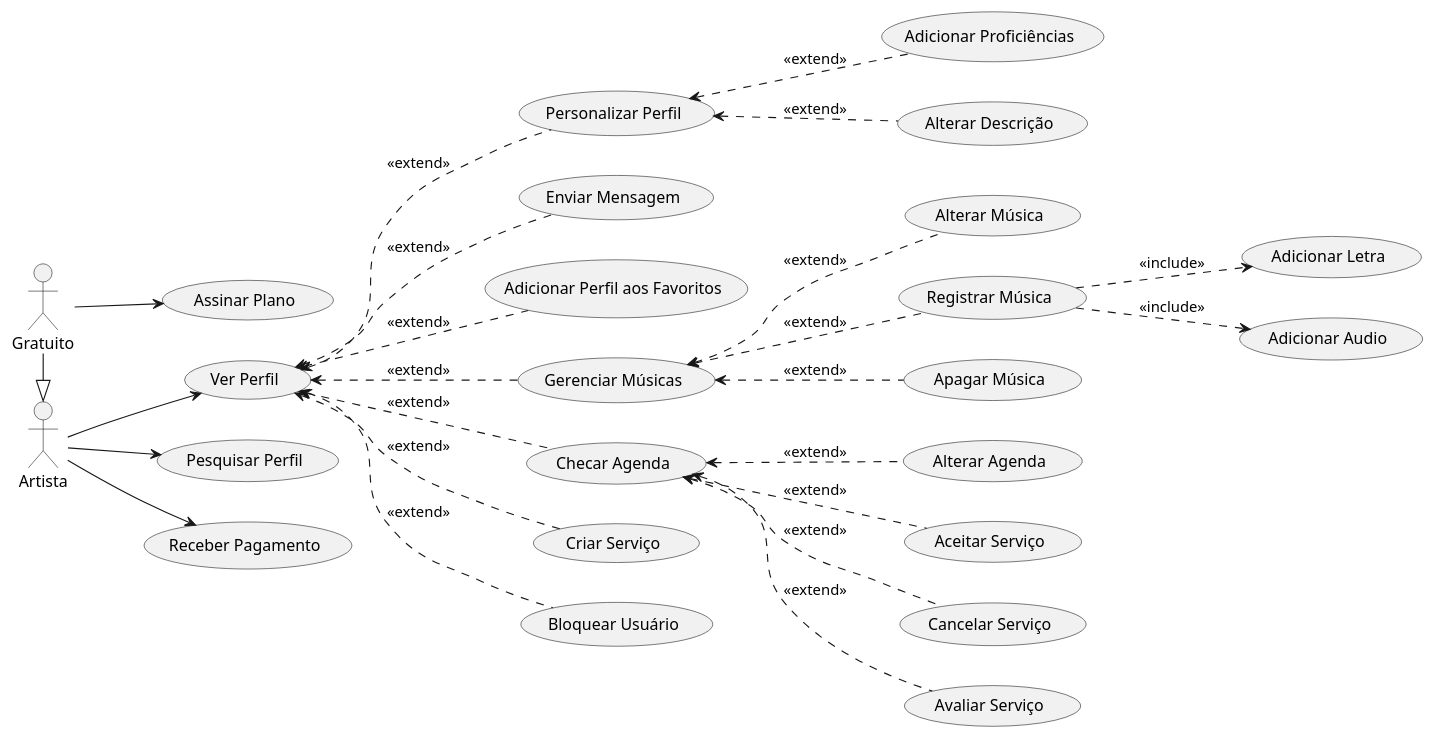
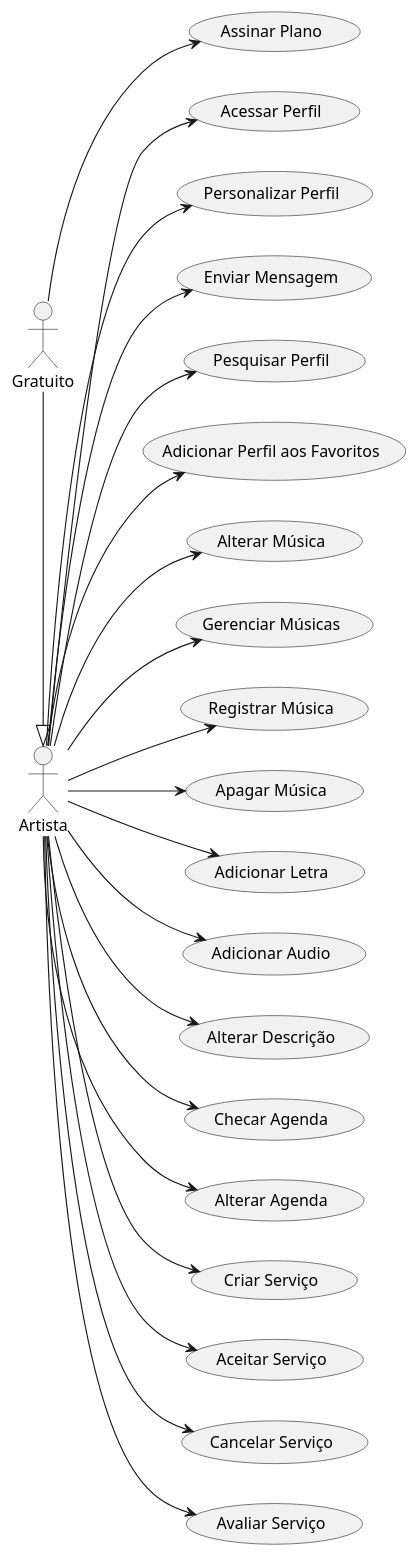
One commit to TheKrauser/Engenharia-Software-II changed the diagram in docs/Casos de Uso/Artista.puml. Above: the diagram before and after it, drawn with PlantUML. The commit also changed 13 other files, not shown here.

Commit message:
Diagramas e Casos de Uso

```diff
--- a/docs/Casos de Uso/Artista.puml
+++ b/docs/Casos de Uso/Artista.puml
@@ -1,59 +1,49 @@
 @startuml "Artista"
-'skinparam actorStyle awesome
-'skinparam linetype ortho
 left to right direction
 
 actor Gratuito as G
 actor Artista as A
-'actor Corporativo as C
-'actor Administrador as ADM
 
 usecase "Assinar Plano" as assinarPlano
-usecase "Ver Perfil" as verPerfil
+usecase "Acessar Perfil" as acessarPerfil
 usecase "Personalizar Perfil" as personalizarPerfil
 usecase "Enviar Mensagem" as enviarMensagem
 usecase "Pesquisar Perfil" as pesquisarPerfil
 usecase "Adicionar Perfil aos Favoritos" as adicionarFavoritos
 usecase "Alterar Música" as alterarMusica
 usecase "Gerenciar Músicas" as gerenciarMusica
 usecase "Registrar Música" as registrarMusica
 usecase "Apagar Música" as apagarMusica
 usecase "Adicionar Letra" as adicionarLetra
 usecase "Adicionar Audio" as adicionarAudio
-usecase "Adicionar Proficiências" as adicionarProf
 usecase "Alterar Descrição" as alterarDescricao
 usecase "Checar Agenda" as checarAgenda
 usecase "Alterar Agenda" as alterarAgenda
-usecase "Receber Pagamento" as receberPagamento
 usecase "Criar Serviço" as criarServico
 usecase "Aceitar Serviço" as aceitarServico
 usecase "Cancelar Serviço" as cancelarServico
 usecase "Avaliar Serviço" as avaliarServico
-usecase "Bloquear Usuário" as bloquearUsuario
 
 G --> assinarPlano
-A --> verPerfil
-A --> receberPagamento
+A --> acessarPerfil
 A --> pesquisarPerfil
-verPerfil <.. gerenciarMusica : <<extend>>
-verPerfil <.. checarAgenda : <<extend>>
-verPerfil <.. personalizarPerfil : <<extend>>
-personalizarPerfil <.. alterarDescricao : <<extend>>
-personalizarPerfil <.. adicionarProf : <<extend>>
-checarAgenda <.. alterarAgenda : <<extend>>
-checarAgenda <.. aceitarServico : <<extend>>
-checarAgenda <.. cancelarServico : <<extend>>
-checarAgenda <.. avaliarServico : <<extend>>
-gerenciarMusica <.. registrarMusica : <<extend>>
-gerenciarMusica <.. alterarMusica : <<extend>>
-gerenciarMusica <.. apagarMusica : <<extend>>
-registrarMusica ..> adicionarLetra : <<include>>
-registrarMusica ..> adicionarAudio : <<include>>
-verPerfil <.. adicionarFavoritos : <<extend>>
-verPerfil <.. enviarMensagem : <<extend>>
-verPerfil <.. criarServico : <<extend>>
-verPerfil <.. bloquearUsuario : <<extend>>
+A --> gerenciarMusica
+A --> checarAgenda
+A --> personalizarPerfil
+A --> alterarDescricao
+A --> alterarAgenda
+A --> aceitarServico
+A --> cancelarServico
+A --> avaliarServico
+A --> registrarMusica
+A --> alterarMusica
+A --> apagarMusica
+A --> adicionarLetra
+A --> adicionarAudio
+A --> adicionarFavoritos
+A --> enviarMensagem
+A --> criarServico
 
 A <|-left- G
 
 @enduml
```
